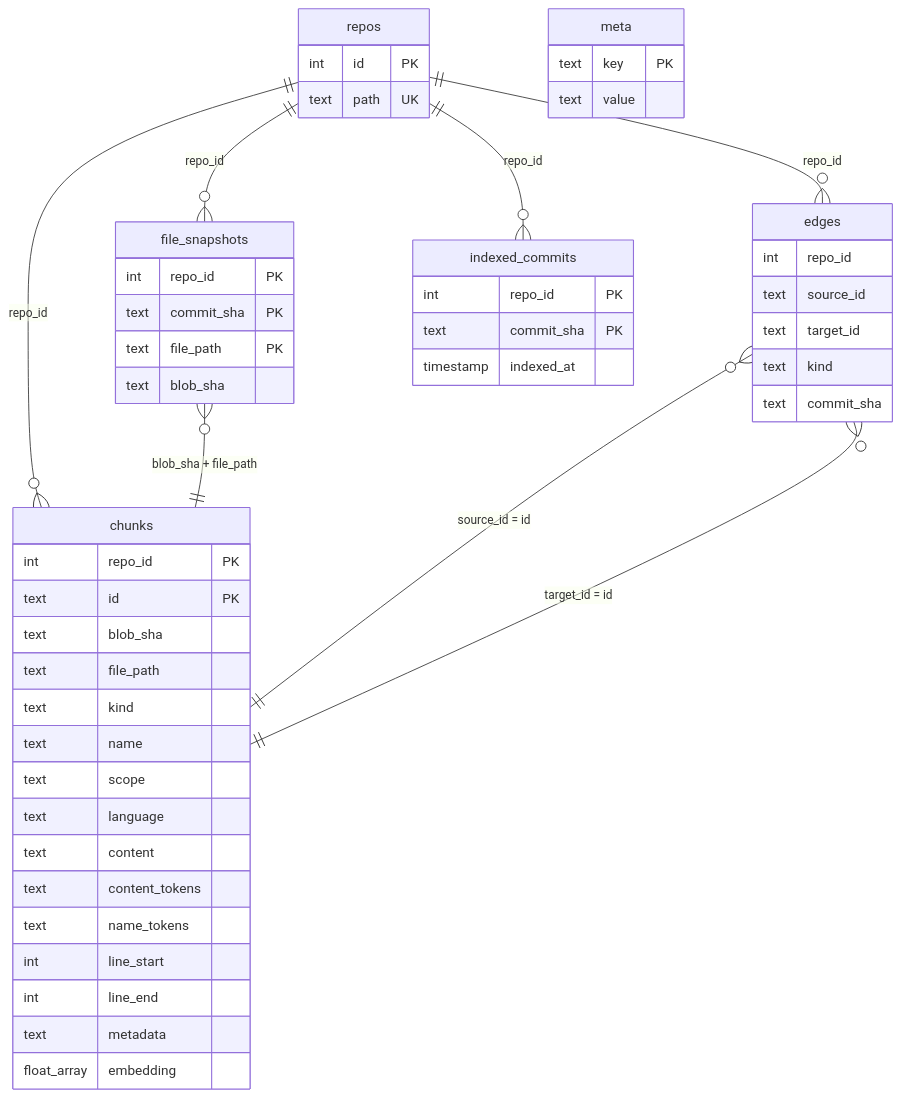
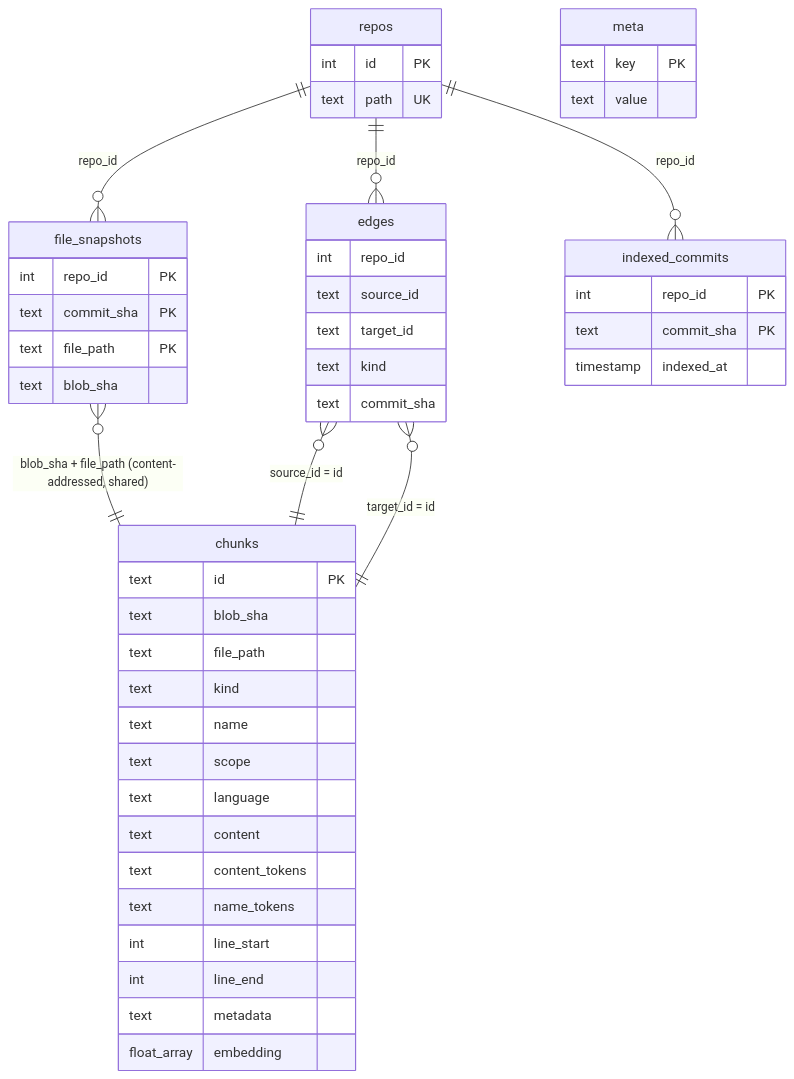
Before and after one commit to janrito/rbtr: the fourth of 5 diagrams in packages/rbtr/ARCHITECTURE.md, drawn with Mermaid. The commit also changed other lines of this file and 52 other files, not shown here.

First line of the commit message:
Content-address the chunk store to share chunks across checkouts

````diff
--- a/packages/rbtr/ARCHITECTURE.md
+++ b/packages/rbtr/ARCHITECTURE.md
@@ -169,55 +191,53 @@
 ```mermaid
 erDiagram
     repos ||--o{ file_snapshots : "repo_id"
-    repos ||--o{ chunks : "repo_id"
     repos ||--o{ edges : "repo_id"
     repos ||--o{ indexed_commits : "repo_id"
 
-    file_snapshots }o--|| chunks : "blob_sha + file_path"
+    file_snapshots }o--|| chunks : "blob_sha + file_path (content-addressed, shared)"
     edges }o--|| chunks : "source_id = id"
     edges }o--|| chunks : "target_id = id"
 
     repos {
         int id PK
         text path UK
     }
     file_snapshots {
         int repo_id PK
         text commit_sha PK
         text file_path PK
         text blob_sha
     }
     chunks {
-        int repo_id PK
         text id PK
         text blob_sha
         text file_path
         text kind
         text name
         text scope
         text language
         text content
         text content_tokens
         text name_tokens
         int line_start
         int line_end
         text metadata
         float_array embedding
     }
     edges {
         int repo_id
         text source_id
         text target_id
         text kind
         text commit_sha
     }
     indexed_commits {
         int repo_id PK
         text commit_sha PK
         timestamp indexed_at
     }
     meta {
         text key PK
         text value
     }
 ```
````
